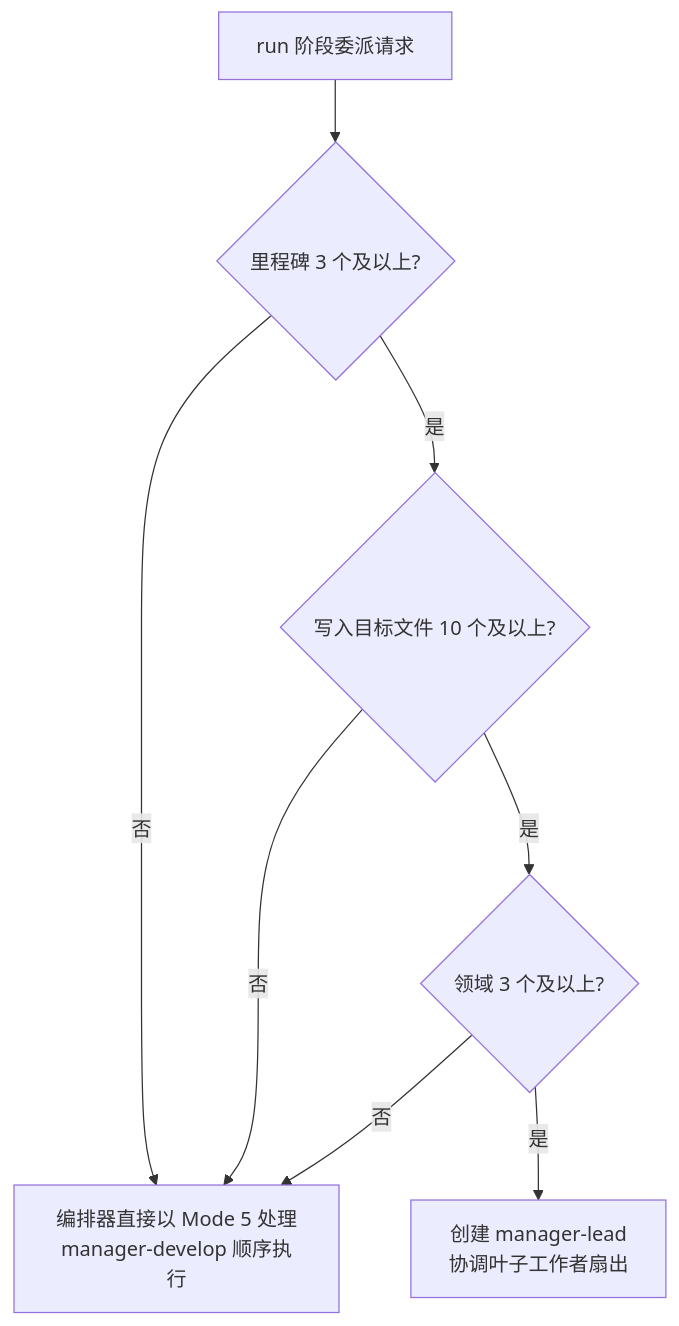
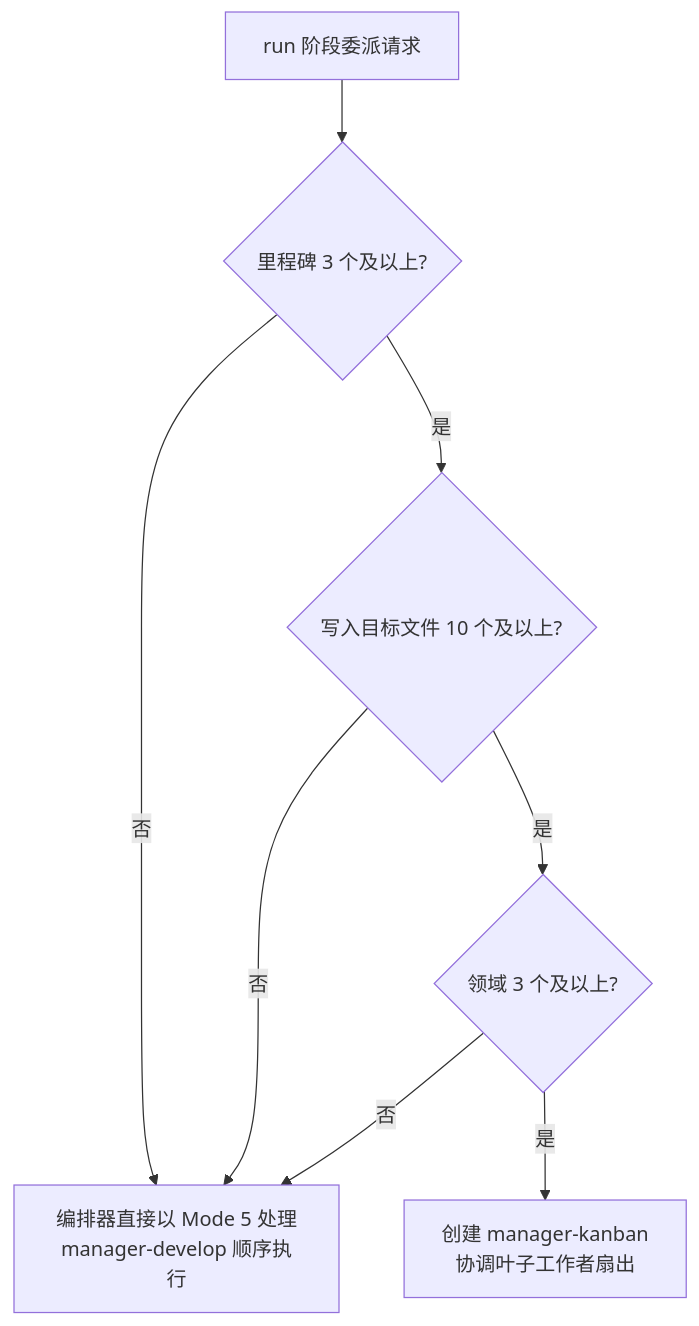
The second of 5 diagrams in docs-site/content/zh/advanced/agent-guide.md (modu-ai/moai-adk), drawn with Mermaid before and after one commit. The commit also changed other lines of this file and 69 other files, not shown here.

First line of the commit message:
feat(kanban): rename manager-lead to manager-kanban + add /moai todo backlog and dispatch protocol

````diff
--- a/docs-site/content/zh/advanced/agent-guide.md
+++ b/docs-site/content/zh/advanced/agent-guide.md
@@ -144,10 +144,10 @@
 ```mermaid
 flowchart TD
     START["run 阶段委派请求"] --> Q1{"里程碑 3 个及以上?"}
     Q1 -->|"否"| MODE5["编排器直接以 Mode 5 处理<br>manager-develop 顺序执行"]
     Q1 -->|"是"| Q2{"写入目标文件 10 个及以上?"}
     Q2 -->|"否"| MODE5
     Q2 -->|"是"| Q3{"领域 3 个及以上?"}
     Q3 -->|"否"| MODE5
-    Q3 -->|"是"| LEAD["创建 manager-lead<br>协调叶子工作者扇出"]
+    Q3 -->|"是"| LEAD["创建 manager-kanban<br>协调叶子工作者扇出"]
 ```
````
